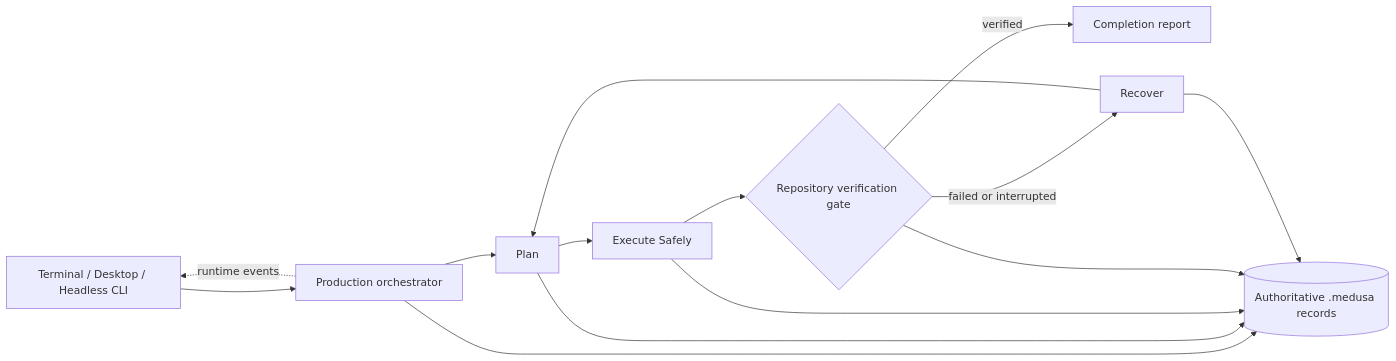
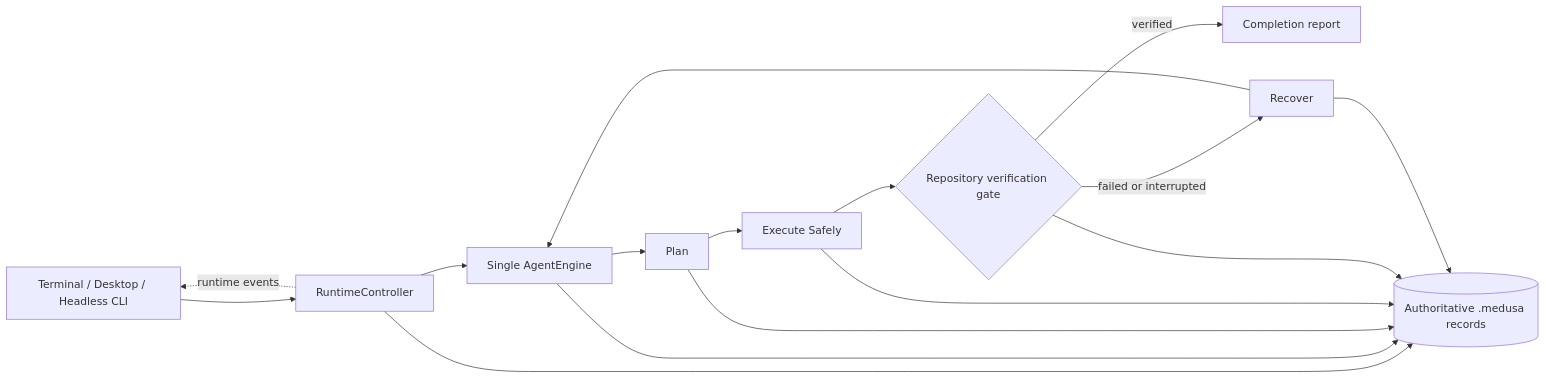
Before and after one commit to benclawbot/Medusa: the first of 5 diagrams in docs/ARCHITECTURE.md, drawn with Mermaid. The commit also changed other lines of this file, not shown here.

Commit message:
docs: align architecture with single-agent production path

````diff
--- a/docs/ARCHITECTURE.md
+++ b/docs/ARCHITECTURE.md
@@ -17,16 +17,18 @@
 ```mermaid
 flowchart LR
-    UI[Terminal / Desktop / Headless CLI] --> O[Production orchestrator]
-    O --> P[Plan]
+    UI[Terminal / Desktop / Headless CLI] --> C[RuntimeController]
+    C --> A[Single AgentEngine]
+    A --> P[Plan]
     P --> E[Execute Safely]
     E --> V{Repository verification gate}
-    V -->|verified| C[Completion report]
-    V -->|failed or interrupted| R[Recover]
-    R --> P
-    O --> S[(Authoritative .medusa records)]
+    V -->|verified| R[Completion report]
+    V -->|failed or interrupted| X[Recover]
+    X --> A
+    C --> S[(Authoritative .medusa records)]
+    A --> S
     P --> S
     E --> S
     V --> S
-    R --> S
-    O -. runtime events .-> UI
+    X --> S
+    C -. runtime events .-> UI
 ```
````
